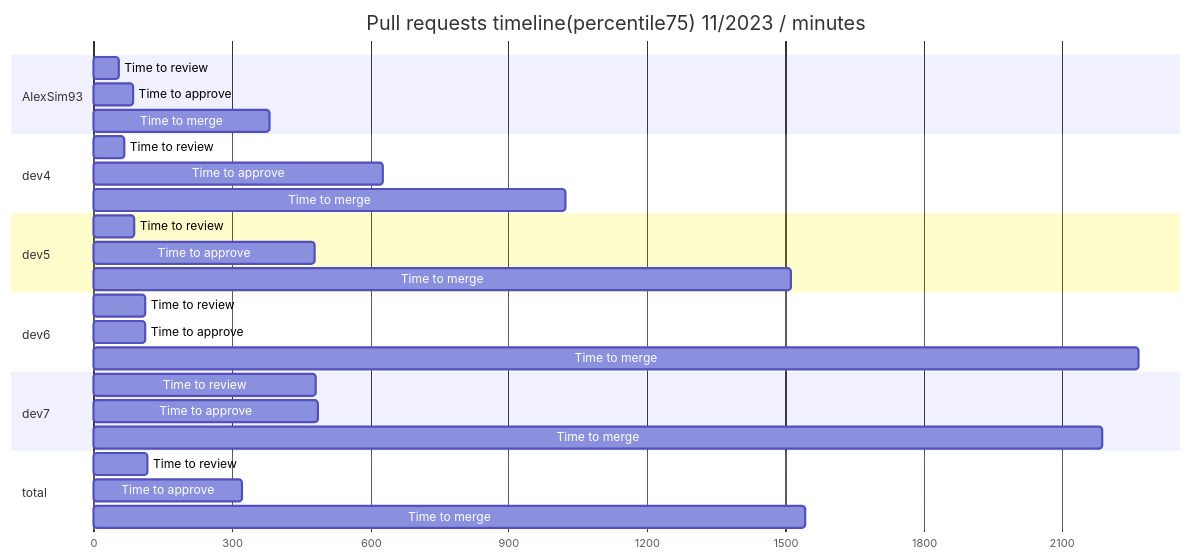
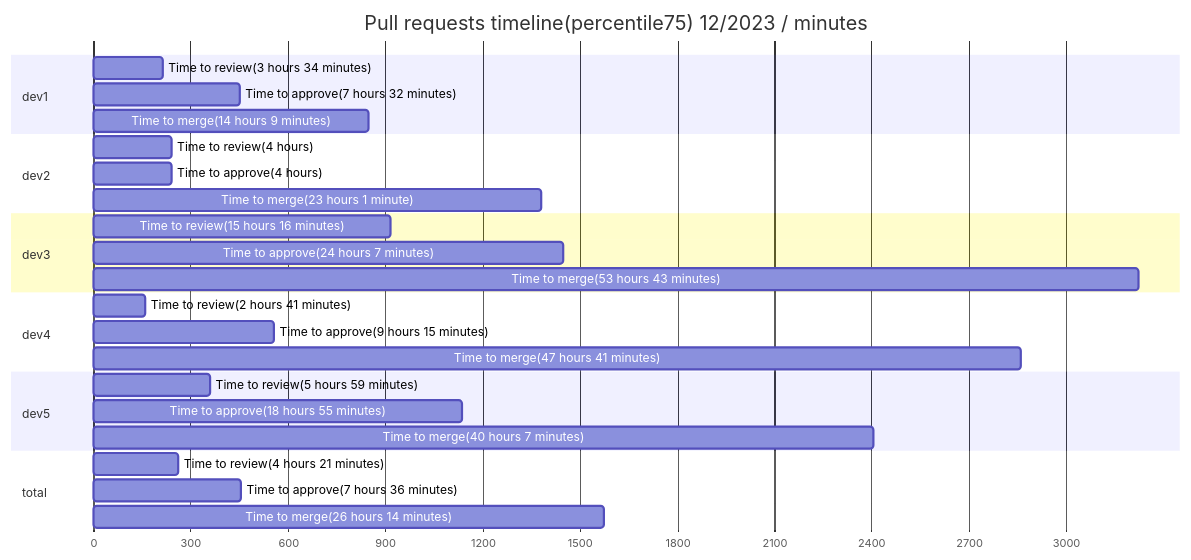
Before and after one commit to AlexSim93/pull-request-analytics-action: the first of 2 diagrams in examples/nPRsReport.md, drawn with Mermaid. The commit also changed other lines of this file and 1 other file, not shown here.

````diff
--- a/examples/nPRsReport.md
+++ b/examples/nPRsReport.md
@@ -147,36 +38,36 @@
 ```mermaid
 gantt
-title Pull requests timeline(percentile75) 11/2023 / minutes
+title Pull requests timeline(percentile75) 12/2023 / minutes
 dateFormat X
 axisFormat %s
-section AlexSim93
-                Time to review :  0, 54
-Time to approve :  0, 85
-Time to merge :  0, 382
+section dev1
+                Time to review(3 hours 34 minutes) :  0, 214
+Time to approve(7 hours 32 minutes) :  0, 452
+Time to merge(14 hours 9 minutes) :  0, 849
+
+section dev2
+                Time to review(4 hours) :  0, 240
+Time to approve(4 hours) :  0, 240
+Time to merge(23 hours 1 minute) :  0, 1381
+
+section dev3
+                Time to review(15 hours 16 minutes) :  0, 916
+Time to approve(24 hours 7 minutes) :  0, 1447
+Time to merge(53 hours 43 minutes) :  0, 3223
 
 section dev4
-                Time to review :  0, 67
-Time to approve :  0, 627
-Time to merge :  0, 1023
+                Time to review(2 hours 41 minutes) :  0, 161
+Time to approve(9 hours 15 minutes) :  0, 555
+Time to merge(47 hours 41 minutes) :  0, 2861
 
 section dev5
-                Time to review :  0, 89
-Time to approve :  0, 480
-Time to merge :  0, 1513
-
-section dev6
-                Time to review :  0, 112
-Time to approve :  0, 112
-Time to merge :  0, 2266
-
-section dev7
-                Time to review :  0, 482
-Time to approve :  0, 486
-Time to merge :  0, 2187
+                Time to review(5 hours 59 minutes) :  0, 359
+Time to approve(18 hours 55 minutes) :  0, 1135
+Time to merge(40 hours 7 minutes) :  0, 2407
 
 section total
-                Time to review :  0, 118
-Time to approve :  0, 323
-Time to merge :  0, 1544
+                Time to review(4 hours 21 minutes) :  0, 261
+Time to approve(7 hours 36 minutes) :  0, 456
+Time to merge(26 hours 14 minutes) :  0, 1574
 
 ```
````
